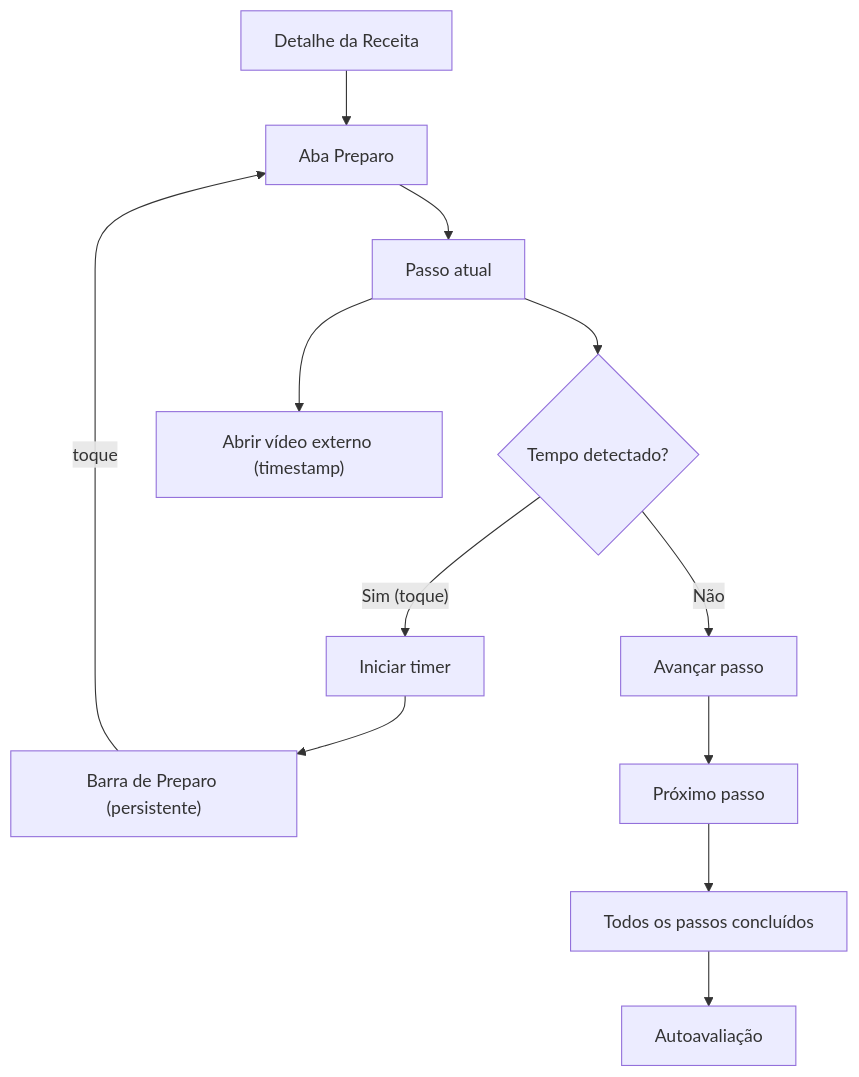
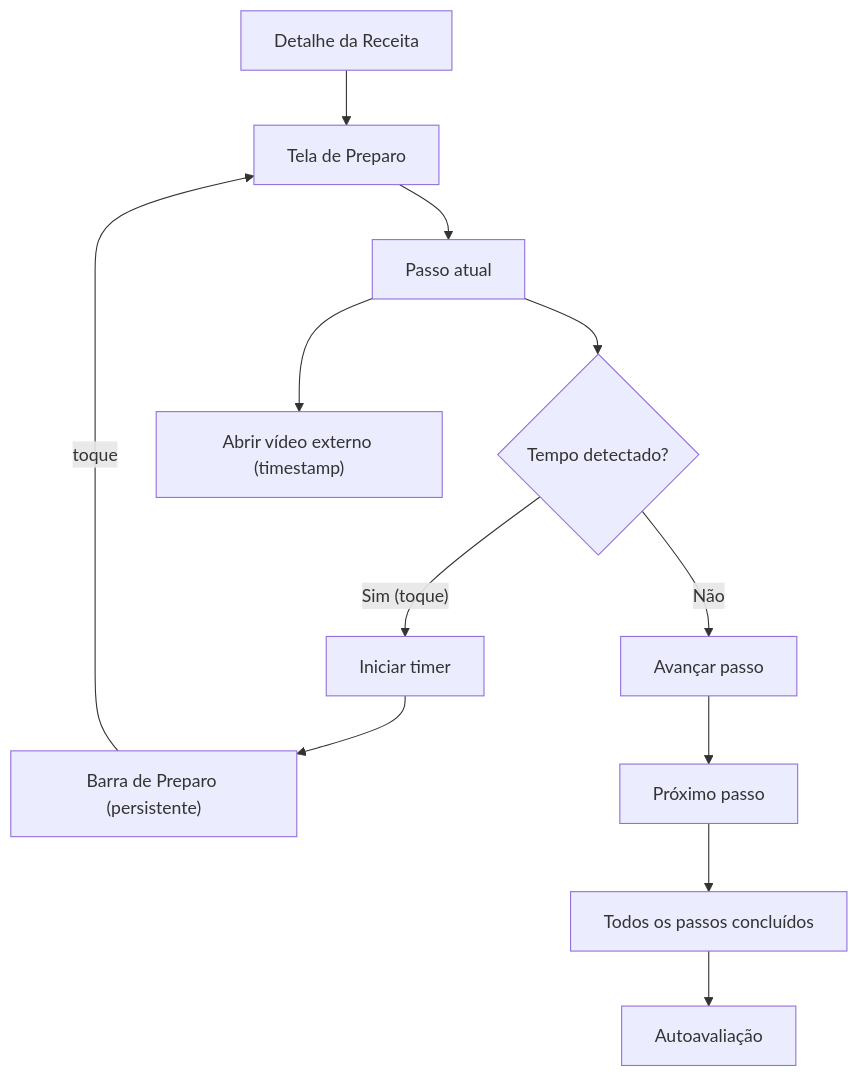
One commit to eliascoelho911/cookzy-android changed the second of 3 diagrams in docs/front-end-spec.md. Above: the diagram before and after it, drawn with Mermaid. The commit also changed other lines of this file and 3 other files, not shown here.

````diff
--- a/docs/front-end-spec.md
+++ b/docs/front-end-spec.md
@@ -98,12 +98,12 @@
 ```mermaid
 graph TD
-    D[Detalhe da Receita] --> P[Aba Preparo]
-    P --> S1[Passo atual]
+    D[Detalhe da Receita] --> PS[Tela de Preparo]
+    PS --> S1[Passo atual]
     S1 --> DEC{Tempo detectado?}
     DEC -- "Sim (toque)" --> T[Iniciar timer] --> BAR["Barra de Preparo (persistente)"]
     DEC -- Não --> NEXT[Avançar passo]
     S1 --> EXT["Abrir vídeo externo (timestamp)"]
-    BAR -->|toque| P
+    BAR -->|toque| PS
     NEXT --> S2[Próximo passo] --> FIM[Todos os passos concluídos]
     FIM --> AA[Autoavaliação]
 ```
````
